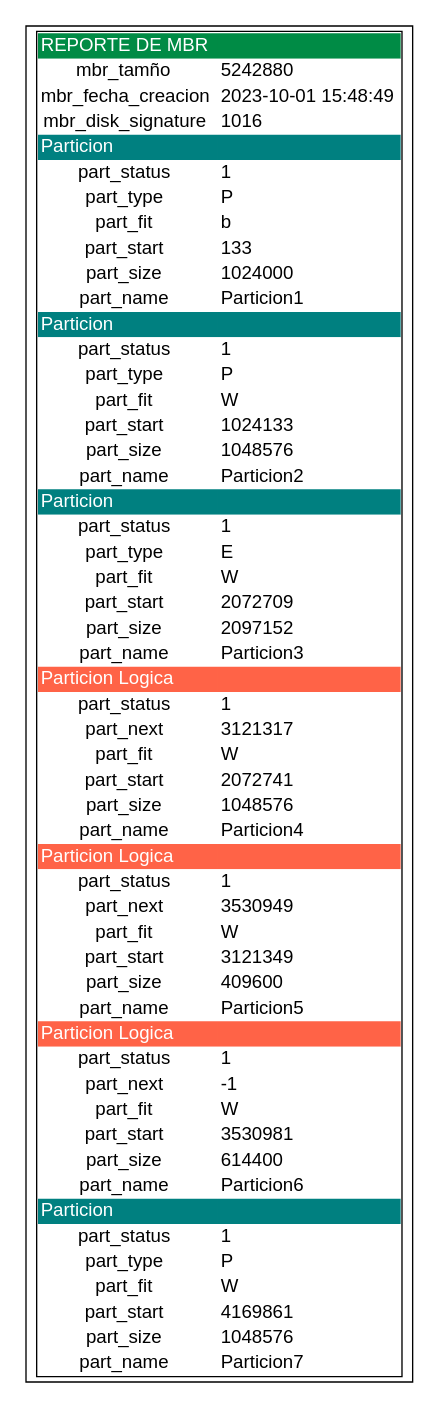
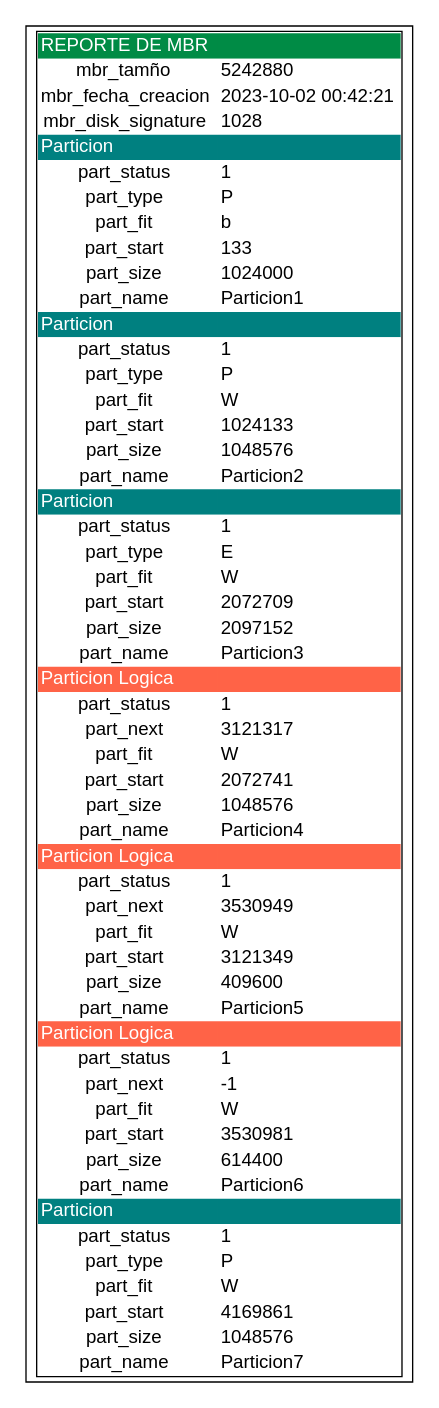
The diagram in backend/reportes/reporte_mbr.dot (luis-tavico/MIA_2SP2_202000562), drawn with Graphviz before and after one commit. The commit also changed 13 other files, not shown here.

```diff
--- a/backend/reportes/reporte_mbr.dot
+++ b/backend/reportes/reporte_mbr.dot
@@ -12,11 +12,11 @@
         </tr>
         <tr>
             <td bgcolor="white" align="center"> mbr_fecha_creacion </td>
-            <td bgcolor="white" align="left"> 2023-10-01 15:48:49 </td>
+            <td bgcolor="white" align="left"> 2023-10-02 00:42:21 </td>
         </tr>
         <tr>
             <td bgcolor="white" align="center"> mbr_disk_signature </td>
-            <td bgcolor="white" align="left"> 1016 </td>
+            <td bgcolor="white" align="left"> 1028 </td>
         </tr>
         <tr>
             <td bgcolor="teal" align="left"><font color="white"> Particion </font></td>
```
